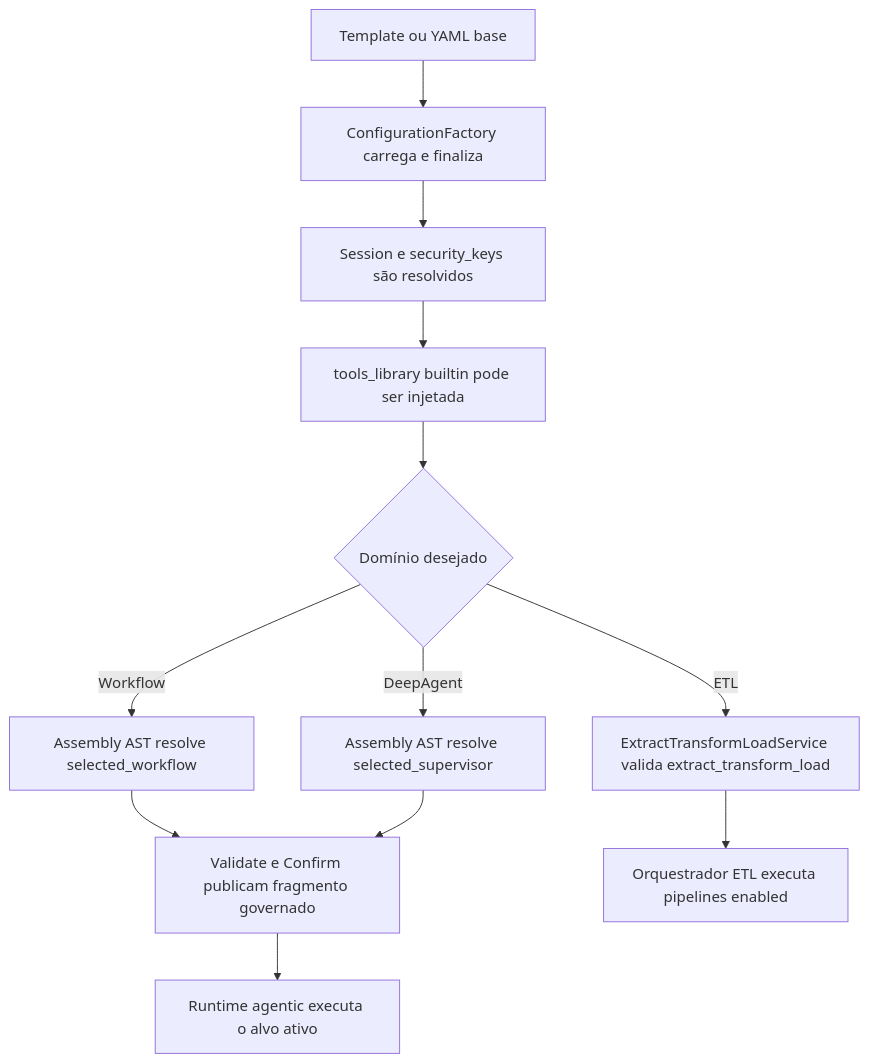
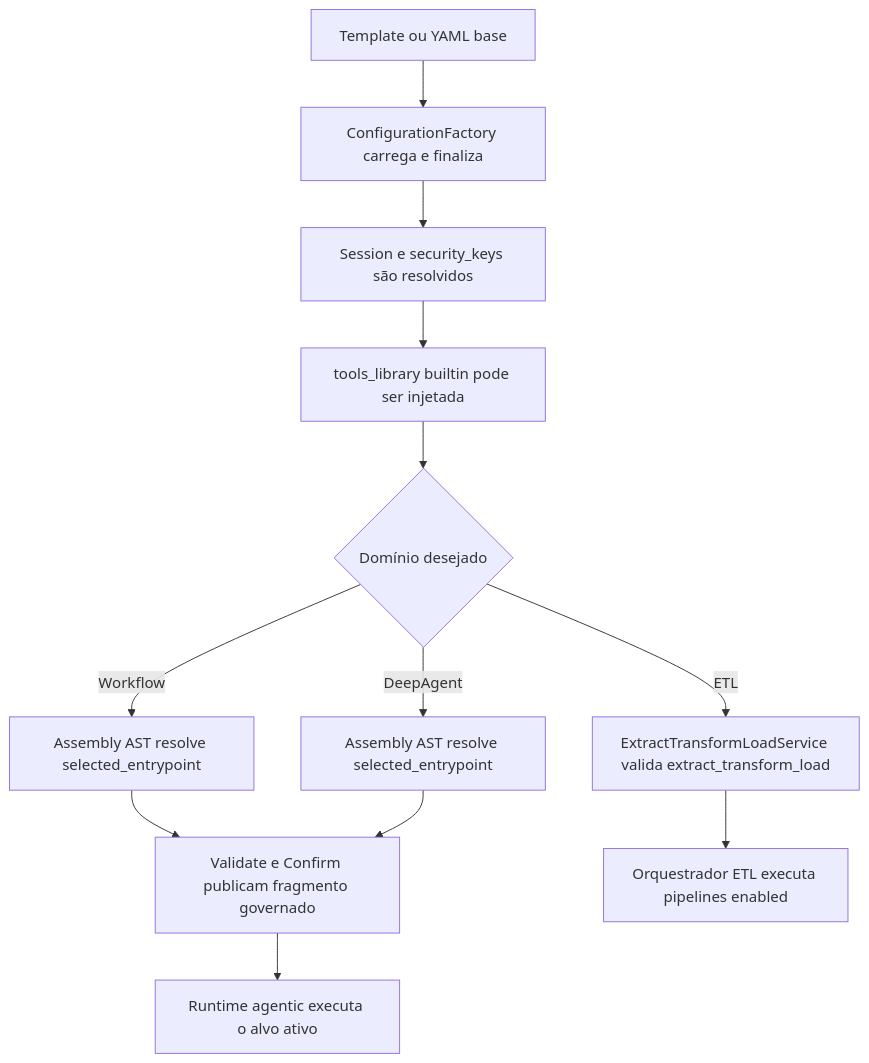
The diagram in assets/diagrams/docs-readme-tecnico-configuracao-yaml-agentes-workflow-etl-diagrama-01.mmd (mrctito/plataforma_agentes_negocio_docs), drawn with Mermaid before and after one commit. The commit also changed 60 other files, not shown here.

```diff
--- a/assets/diagrams/docs-readme-tecnico-configuracao-yaml-agentes-workflow-etl-diagrama-01.mmd
+++ b/assets/diagrams/docs-readme-tecnico-configuracao-yaml-agentes-workflow-etl-diagrama-01.mmd
@@ -1,12 +1,12 @@
 flowchart TD
     A["Template ou YAML base"] --> B["ConfigurationFactory carrega e finaliza"]
     B --> C["Session e security_keys são resolvidos"]
     C --> D["tools_library builtin pode ser injetada"]
     D --> E{"Domínio desejado"}
-    E -- Workflow --> F["Assembly AST resolve selected_workflow"]
-    E -- DeepAgent --> G["Assembly AST resolve selected_supervisor"]
+    E -- Workflow --> F["Assembly AST resolve selected_entrypoint"]
+    E -- DeepAgent --> G["Assembly AST resolve selected_entrypoint"]
     E -- ETL --> H["ExtractTransformLoadService valida extract_transform_load"]
     F --> I["Validate e Confirm publicam fragmento governado"]
     G --> I
     I --> J["Runtime agentic executa o alvo ativo"]
     H --> K["Orquestrador ETL executa pipelines enabled"]
```
